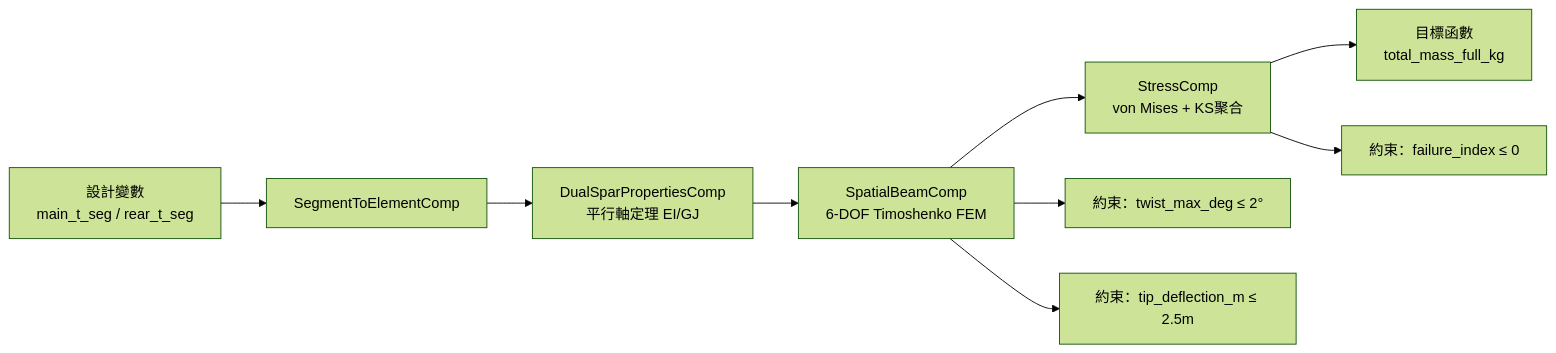
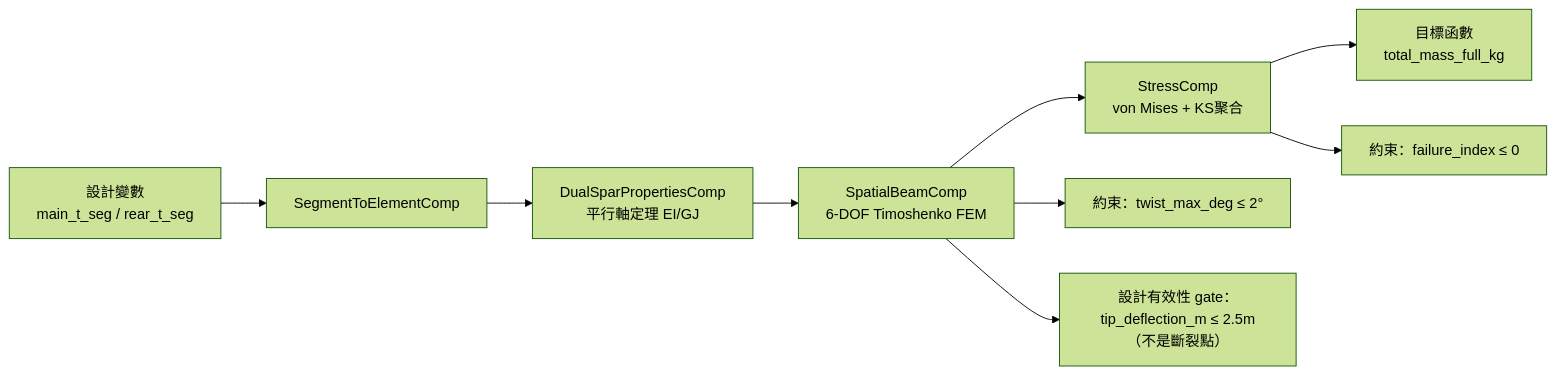
One commit to Prosper1030/hpa-mdo changed the diagram in README.md. Above: the diagram before and after it, drawn with Mermaid (forest theme). The commit also changed 8 other files, not shown here.

````diff
--- a/README.md
+++ b/README.md
@@ -126,11 +126,11 @@
 ```mermaid
 graph LR
     DV["設計變數<br/>main_t_seg / rear_t_seg"] --> S2E["SegmentToElementComp"]
     S2E --> DSP["DualSparPropertiesComp<br/>平行軸定理 EI/GJ"]
     DSP --> SB["SpatialBeamComp<br/>6-DOF Timoshenko FEM"]
     SB --> SC["StressComp<br/>von Mises + KS聚合"]
     SC --> OBJ["目標函數<br/>total_mass_full_kg"]
     SC --> C1["約束：failure_index ≤ 0"]
     SB --> C2["約束：twist_max_deg ≤ 2°"]
-    SB --> C3["約束：tip_deflection_m ≤ 2.5m"]
+    SB --> C3["設計有效性 gate：tip_deflection_m ≤ 2.5m（不是斷裂點）"]
 ```
````
